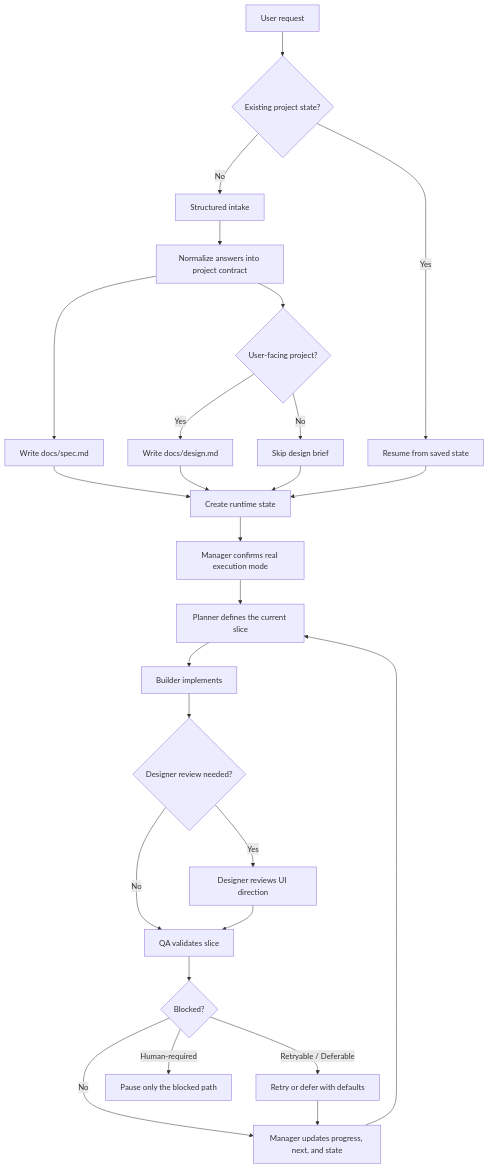
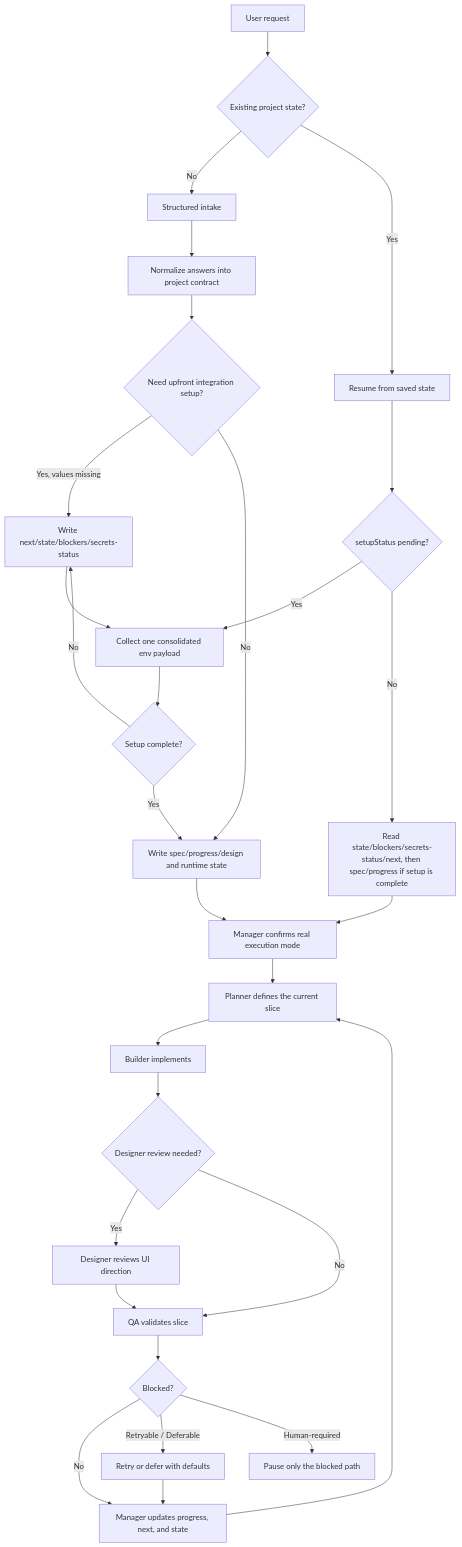
Before and after one commit to minsu0707/auto-pilot: the first of 4 diagrams in docs/05-how-it-works.md, drawn with Mermaid. The commit also changed other lines of this file and 13 other files, not shown here.

Commit message:
docs : setup-secrets 계약과 resume 문서 정상화

````diff
--- a/docs/05-how-it-works.md
+++ b/docs/05-how-it-works.md
@@ -16,28 +16,31 @@
 ```mermaid
 flowchart TD
     A["User request"] --> B{"Existing project state?"}
     B -- "No" --> C["Structured intake"]
     B -- "Yes" --> D["Resume from saved state"]
     C --> E["Normalize answers into project contract"]
-    E --> F["Write docs/spec.md"]
-    E --> G{"User-facing project?"}
-    G -- "Yes" --> H["Write docs/design.md"]
-    G -- "No" --> I["Skip design brief"]
-    F --> J["Create runtime state"]
-    H --> J
-    I --> J
-    D --> J
-    J --> K["Manager confirms real execution mode"]
-    K --> L["Planner defines the current slice"]
-    L --> M["Builder implements"]
-    M --> N{"Designer review needed?"}
-    N -- "Yes" --> O["Designer reviews UI direction"]
-    N -- "No" --> P["QA validates slice"]
-    O --> P
-    P --> Q{"Blocked?"}
-    Q -- "No" --> R["Manager updates progress, next, and state"]
-    R --> L
-    Q -- "Retryable / Deferable" --> S["Retry or defer with defaults"]
-    S --> R
-    Q -- "Human-required" --> T["Pause only the blocked path"]
+    E --> F{"Need upfront integration setup?"}
+    F -- "Yes, values missing" --> G["Write next/state/blockers/secrets-status"]
+    G --> H["Collect one consolidated env payload"]
+    H --> I{"Setup complete?"}
+    I -- "No" --> G
+    I -- "Yes" --> J["Write spec/progress/design and runtime state"]
+    F -- "No" --> J
+    D --> K{"setupStatus pending?"}
+    K -- "Yes" --> H
+    K -- "No" --> L["Read state/blockers/secrets-status/next, then spec/progress if setup is complete"]
+    J --> M["Manager confirms real execution mode"]
+    L --> M
+    M --> N["Planner defines the current slice"]
+    N --> O["Builder implements"]
+    O --> P{"Designer review needed?"}
+    P -- "Yes" --> Q["Designer reviews UI direction"]
+    P -- "No" --> R["QA validates slice"]
+    Q --> R
+    R --> S{"Blocked?"}
+    S -- "No" --> T["Manager updates progress, next, and state"]
+    T --> N
+    S -- "Retryable / Deferable" --> U["Retry or defer with defaults"]
+    U --> T
+    S -- "Human-required" --> V["Pause only the blocked path"]
 ```
````
